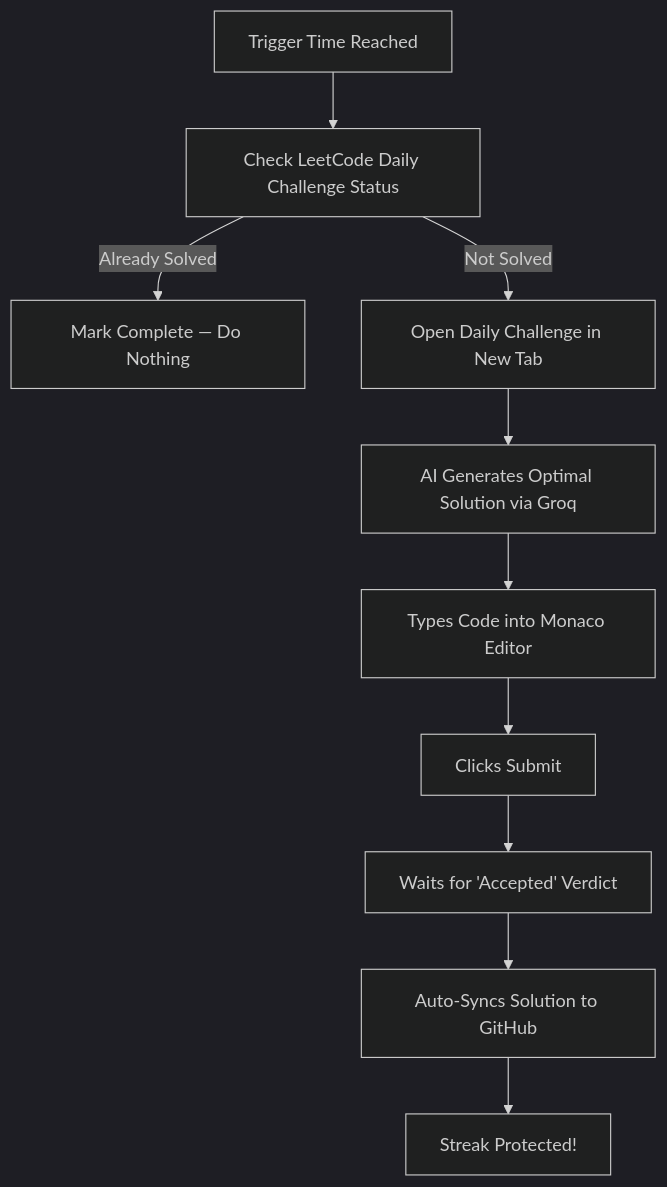
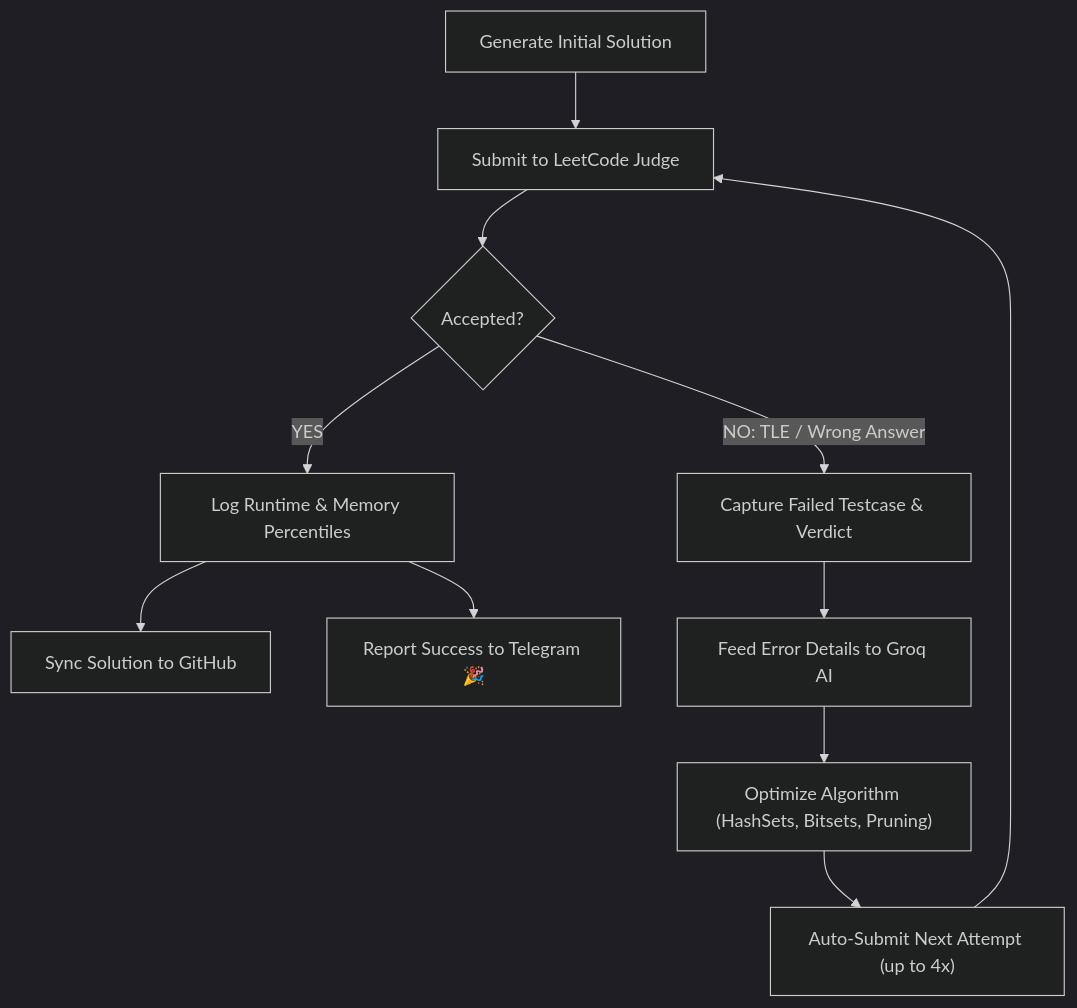
Before and after one commit to anmolnagpal18/leetcode-solver: the diagram in README.md, drawn with Mermaid (dark theme). The commit also changed other lines of this file, not shown here.

````diff
--- a/README.md
+++ b/README.md
@@ -92,12 +103,13 @@
 ```mermaid
 graph TD
-    A["Trigger Time Reached"] --> B["Check LeetCode Daily Challenge Status"]
-    B -->|Already Solved| C["Mark Complete — Do Nothing"]
-    B -->|Not Solved| D["Open Daily Challenge in New Tab"]
-    D --> E["AI Generates Optimal Solution via Groq"]
-    E --> F["Types Code into Monaco Editor"]
-    F --> G["Clicks Submit"]
-    G --> H["Waits for 'Accepted' Verdict"]
-    H --> I["Auto-Syncs Solution to GitHub"]
-    I --> J["Streak Protected!"]
+    A["Generate Initial Solution"] --> B["Submit to LeetCode Judge"]
+    B --> C{"Accepted?"}
+    C -->|YES| D["Log Runtime & Memory Percentiles"]
+    D --> E["Sync Solution to GitHub"]
+    D --> F["Report Success to Telegram 🎉"]
+    C -->|NO: TLE / Wrong Answer| G["Capture Failed Testcase & Verdict"]
+    G --> H["Feed Error Details to Groq AI"]
+    H --> I["Optimize Algorithm (HashSets, Bitsets, Pruning)"]
+    I --> J["Auto-Submit Next Attempt (up to 4x)"]
+    J --> B
 ```
````
